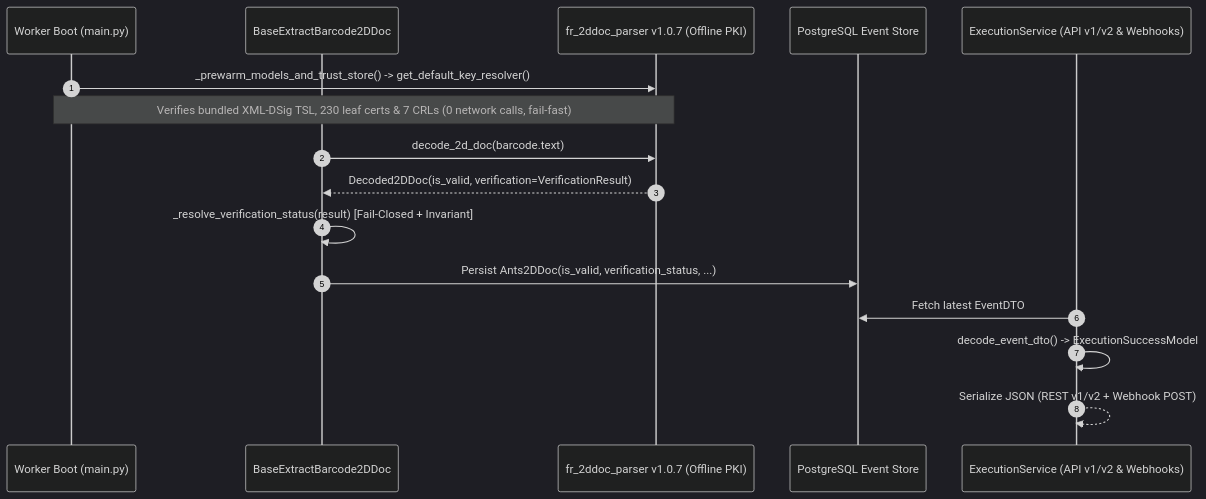
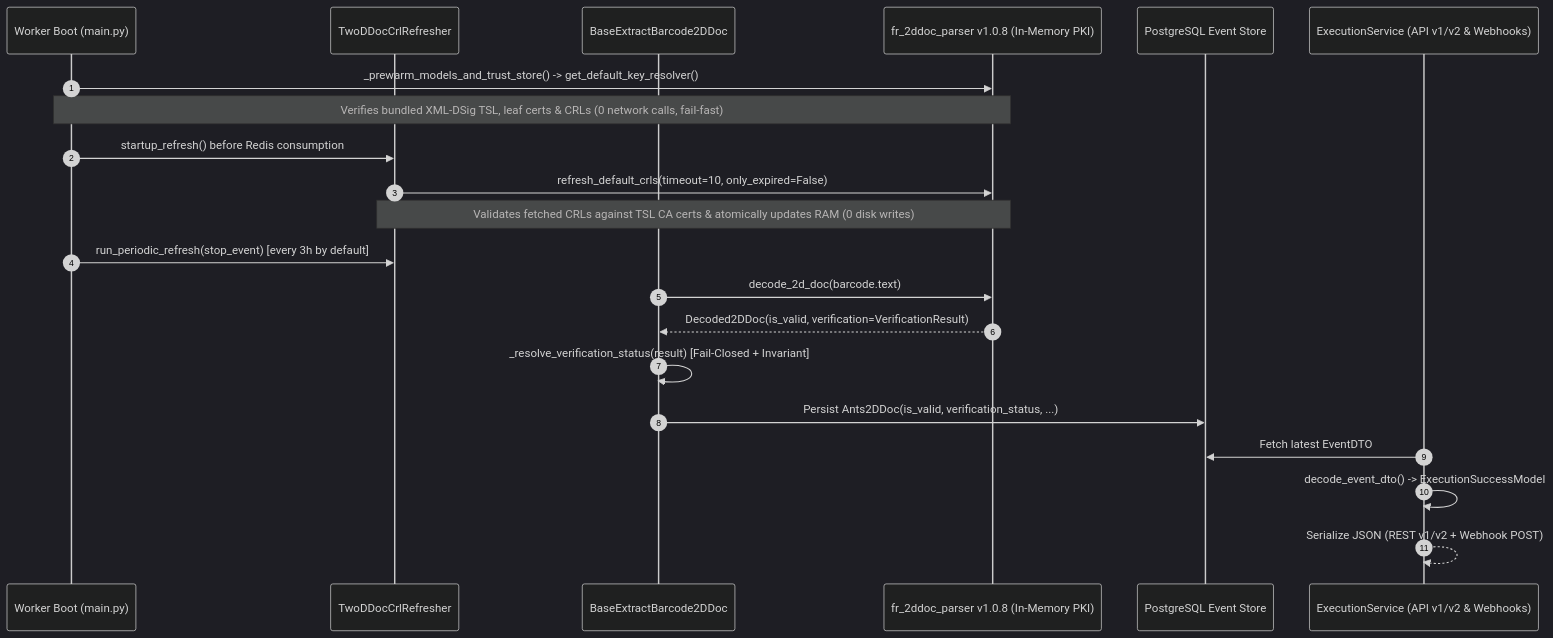
One commit to etalab-ia/document-ia changed the diagram in docs/TWO_D_DOC_VERIFICATION.md. Above: the diagram before and after it, drawn with Mermaid (dark theme). The commit also changed other lines of this file and 12 other files, not shown here.

Commit message:
fix(2ddoc): update lib to v1.08 and add CRL refresh job

````diff
--- a/docs/TWO_D_DOC_VERIFICATION.md
+++ b/docs/TWO_D_DOC_VERIFICATION.md
@@ -24,20 +25,25 @@
 ```mermaid
 sequenceDiagram
     autonumber
     participant Boot as Worker Boot (main.py)
+    participant Refresher as TwoDDocCrlRefresher
     participant Step as BaseExtractBarcode2DDoc
-    participant Lib as fr_2ddoc_parser v1.0.7 (Offline PKI)
+    participant Lib as fr_2ddoc_parser v1.0.8 (In-Memory PKI)
     participant PG as PostgreSQL Event Store
     participant API as ExecutionService (API v1/v2 & Webhooks)
 
     Boot->>Lib: _prewarm_models_and_trust_store() -> get_default_key_resolver()
-    Note over Boot,Lib: Verifies bundled XML-DSig TSL, 230 leaf certs & 7 CRLs (0 network calls, fail-fast)
+    Note over Boot,Lib: Verifies bundled XML-DSig TSL, leaf certs & CRLs (0 network calls, fail-fast)
+    Boot->>Refresher: startup_refresh() before Redis consumption
+    Refresher->>Lib: refresh_default_crls(timeout=10, only_expired=False)
+    Note over Refresher,Lib: Validates fetched CRLs against TSL CA certs & atomically updates RAM (0 disk writes)
+    Boot->>Refresher: run_periodic_refresh(stop_event) [every 3h by default]
 
     Step->>Lib: decode_2d_doc(barcode.text)
     Lib-->>Step: Decoded2DDoc(is_valid, verification=VerificationResult)
     Step->>Step: _resolve_verification_status(result) [Fail-Closed + Invariant]
     Step->>PG: Persist Ants2DDoc(is_valid, verification_status, ...)
     API->>PG: Fetch latest EventDTO
     API->>API: decode_event_dto() -> ExecutionSuccessModel
     API-->>API: Serialize JSON (REST v1/v2 + Webhook POST)
 ```
````
